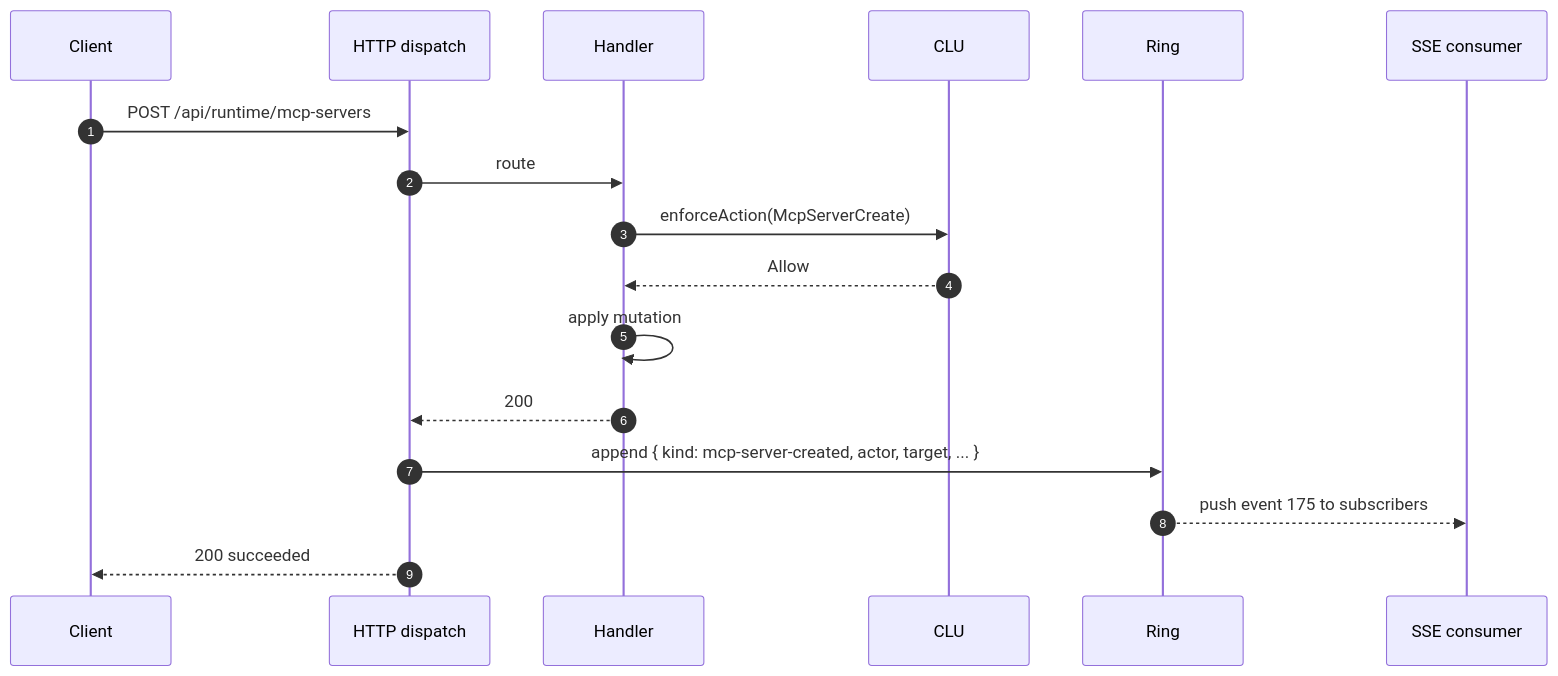
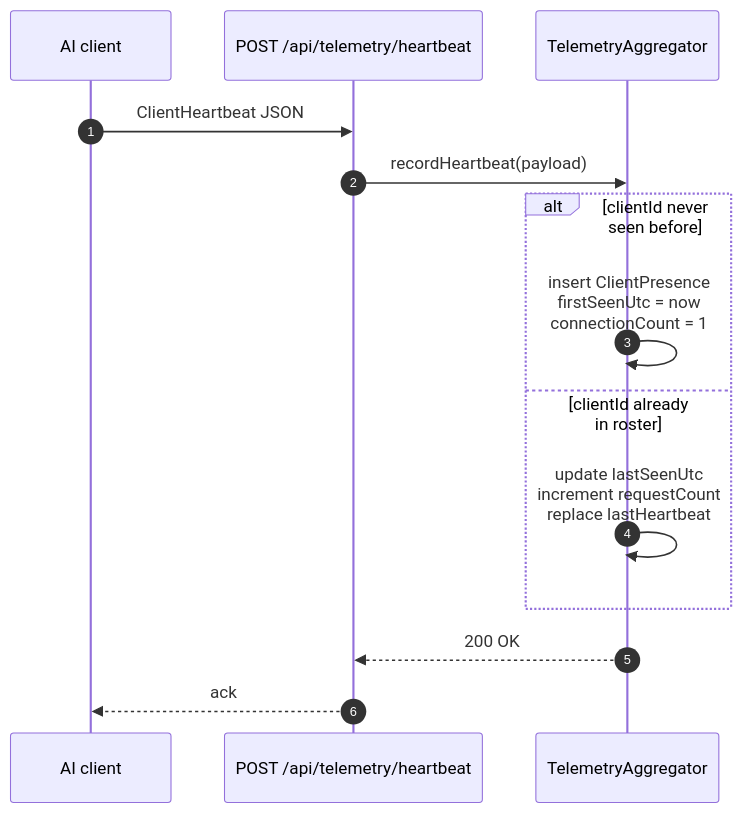
Before and after one commit to flynn33/Master-Control-Orchestration-Server: the fourth of 4 diagrams in docs/wiki/Telemetry-and-Activity.md, drawn with Mermaid. The commit also changed other lines of this file and 15 other files, not shown here.

````diff
--- a/docs/wiki/Telemetry-and-Activity.md
+++ b/docs/wiki/Telemetry-and-Activity.md
@@ -161,20 +171,19 @@
 ```mermaid
 sequenceDiagram
     autonumber
-    participant Client
-    participant Disp as HTTP dispatch
-    participant Handler
-    participant CLU
-    participant Ring
-    participant SSE as SSE consumer
+    participant Client as AI client
+    participant Heartbeat as POST /api/telemetry/heartbeat
+    participant Agg as TelemetryAggregator
 
-    Client->>Disp: POST /api/runtime/mcp-servers
-    Disp->>Handler: route
-    Handler->>CLU: enforceAction(McpServerCreate)
-    CLU-->>Handler: Allow
-    Handler->>Handler: apply mutation
-    Handler-->>Disp: 200
-    Disp->>Ring: append { kind: mcp-server-created, actor, target, ... }
-    Ring-->>SSE: push event 175 to subscribers
-    Disp-->>Client: 200 succeeded
+    Client->>Heartbeat: ClientHeartbeat JSON
+    Heartbeat->>Agg: recordHeartbeat(payload)
+
+    alt clientId never seen before
+        Agg->>Agg: insert ClientPresence<br/>firstSeenUtc = now<br/>connectionCount = 1
+    else clientId already in roster
+        Agg->>Agg: update lastSeenUtc<br/>increment requestCount<br/>replace lastHeartbeat
+    end
+
+    Agg-->>Heartbeat: 200 OK
+    Heartbeat-->>Client: ack
 ```
````
